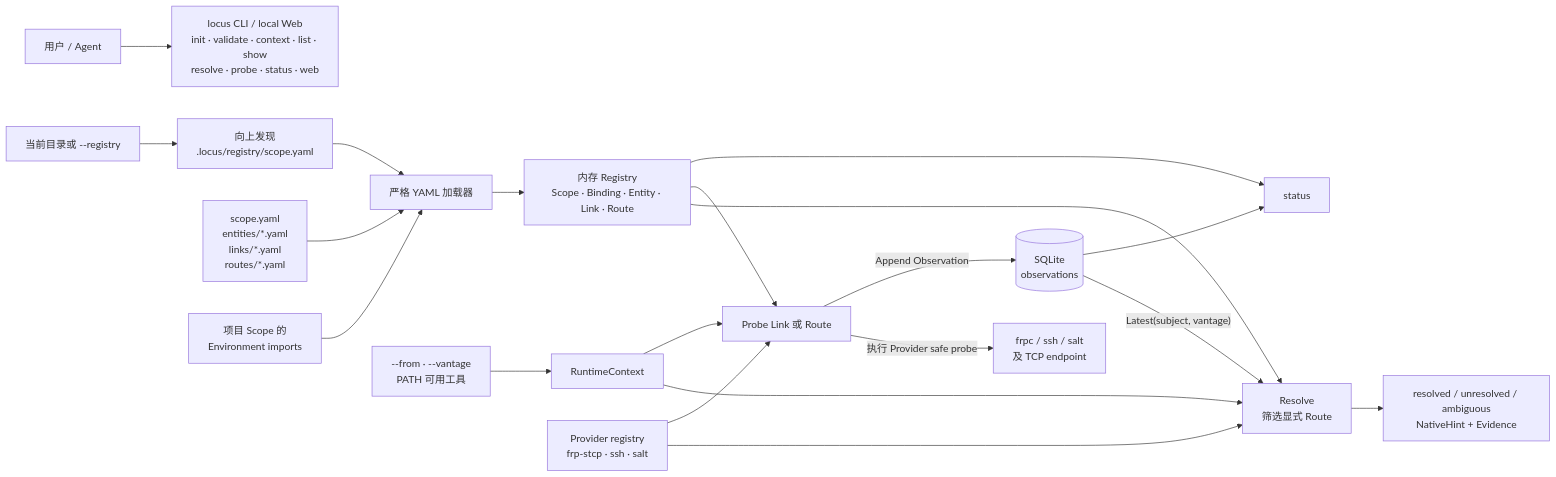
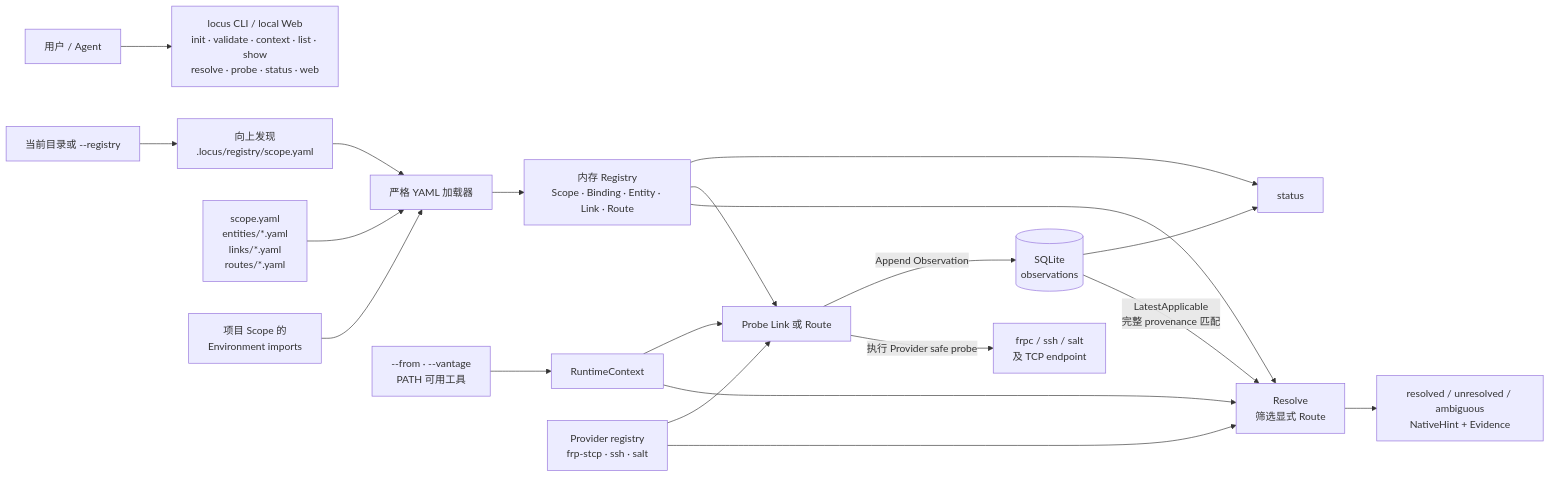
One commit to SWdrift/locus-link changed the first of 2 diagrams in documents/current-architecture.md. Above: the diagram before and after it, drawn with Mermaid. The commit also changed other lines of this file and 37 other files, not shown here.

Commit message:
feat: 收敛图语义与观测适用性

````diff
--- a/documents/current-architecture.md
+++ b/documents/current-architecture.md
@@ -9,25 +9,25 @@
 ```mermaid
 flowchart LR
     User["用户 / Agent"] --> CLI["locus CLI / local Web<br/>init · validate · context · list · show<br/>resolve · probe · status · web"]
 
     CWD["当前目录或 --registry"] --> Discover["向上发现<br/>.locus/registry/scope.yaml"]
     Discover --> Loader["严格 YAML 加载器"]
     YAML["scope.yaml<br/>entities/*.yaml<br/>links/*.yaml<br/>routes/*.yaml"] --> Loader
     Imports["项目 Scope 的<br/>Environment imports"] --> Loader
     Loader --> Registry["内存 Registry<br/>Scope · Binding · Entity · Link · Route"]
 
     Flags["--from · --vantage<br/>PATH 可用工具"] --> Runtime["RuntimeContext"]
     Registry --> Resolve["Resolve<br/>筛选显式 Route"]
     Runtime --> Resolve
     Providers["Provider registry<br/>frp-stcp · ssh · salt"] --> Resolve
-    SQLite[("SQLite<br/>observations")] -->|"Latest(subject, vantage)"| Resolve
+    SQLite[("SQLite<br/>observations")] -->|"LatestApplicable<br/>完整 provenance 匹配"| Resolve
     Resolve --> Result["resolved / unresolved / ambiguous<br/>NativeHint + Evidence"]
 
     Registry --> Probe["Probe Link 或 Route"]
     Runtime --> Probe
     Providers --> Probe
     Probe -->|"执行 Provider safe probe"| Tools["frpc / ssh / salt<br/>及 TCP endpoint"]
     Probe -->|"Append Observation"| SQLite
     SQLite --> Status["status"]
     Registry --> Status
 ```
````
